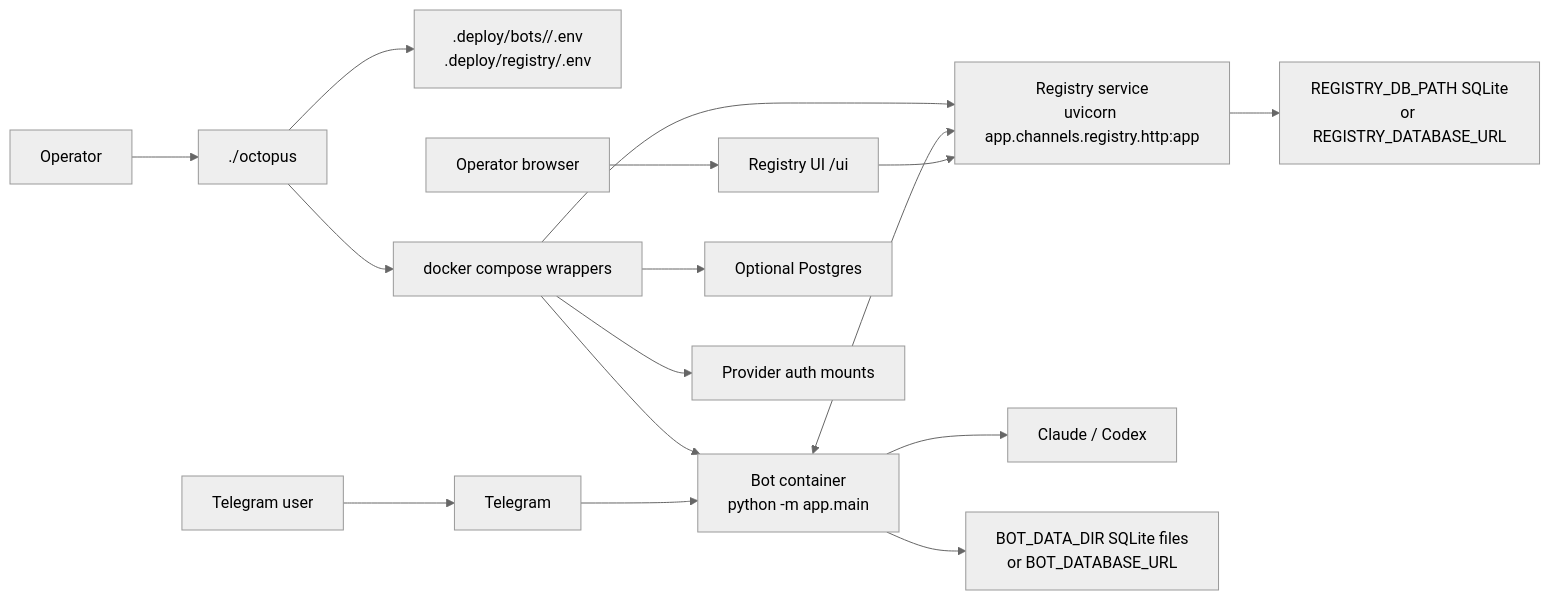
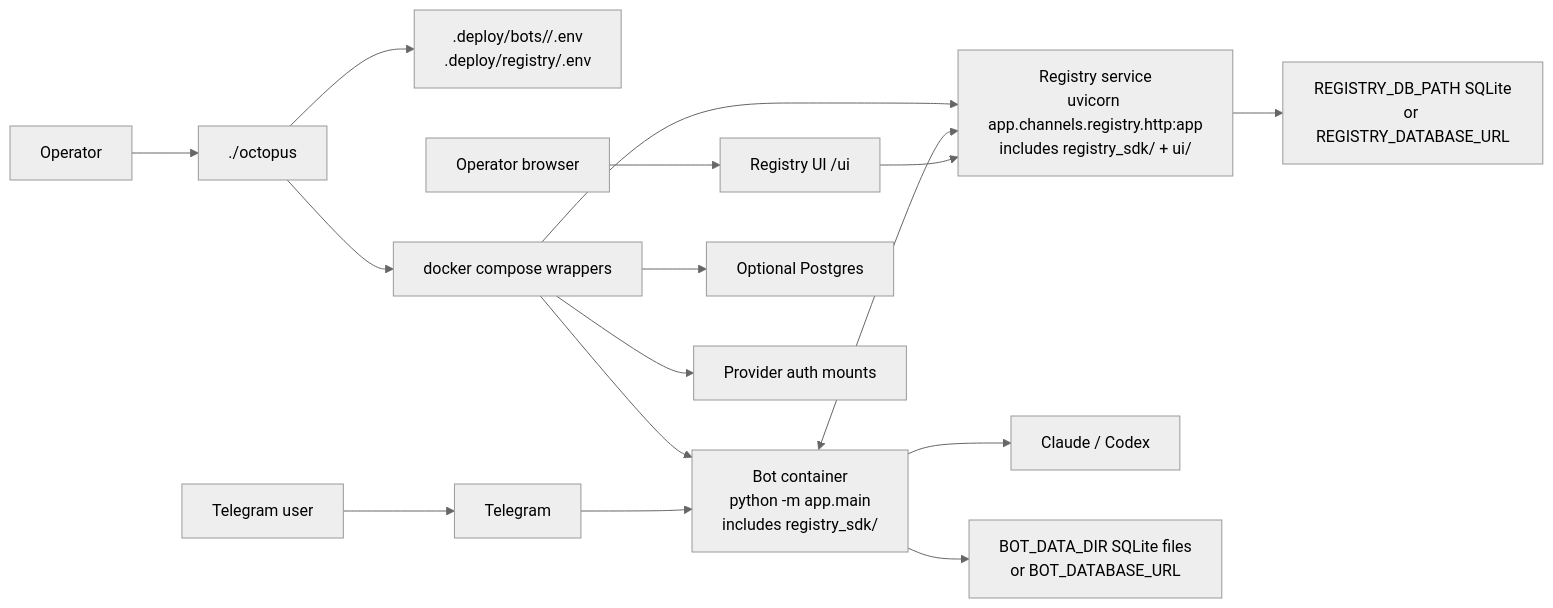
One commit to privacynow/octopus changed the first of 4 diagrams in ARCHITECTURE.md. Above: the diagram before and after it, drawn with Mermaid (neutral theme). The commit also changed other lines of this file and 37 other files, not shown here.

First line of the commit message:
docs: update ARCHITECTURE.md and README.md for registry UI rebuild

````diff
--- a/ARCHITECTURE.md
+++ b/ARCHITECTURE.md
@@ -15,21 +14,21 @@
 ```mermaid
 flowchart LR
     Operator["Operator"] --> CLI["./octopus"]
     CLI --> Deploy[".deploy/bots/<slug>/.env<br/>.deploy/registry/.env"]
     CLI --> Compose["docker compose wrappers"]
 
     User["Telegram user"] --> TG["Telegram"]
     Browser["Operator browser"] --> UI["Registry UI /ui"]
 
-    Compose --> Bot["Bot container<br/>python -m app.main"]
-    Compose --> Registry["Registry service<br/>uvicorn app.channels.registry.http:app"]
+    Compose --> Bot["Bot container<br/>python -m app.main<br/>includes registry_sdk/"]
+    Compose --> Registry["Registry service<br/>uvicorn app.channels.registry.http:app<br/>includes registry_sdk/ + ui/"]
     Compose --> PG["Optional Postgres"]
     Compose --> Auth["Provider auth mounts"]
 
     TG --> Bot
     Bot --> Provider["Claude / Codex"]
     Bot --> RuntimeDB["BOT_DATA_DIR SQLite files<br/>or BOT_DATABASE_URL"]
     Bot <--> Registry
     UI --> Registry
     Registry --> RegistryDB["REGISTRY_DB_PATH SQLite<br/>or REGISTRY_DATABASE_URL"]
 ```
````
